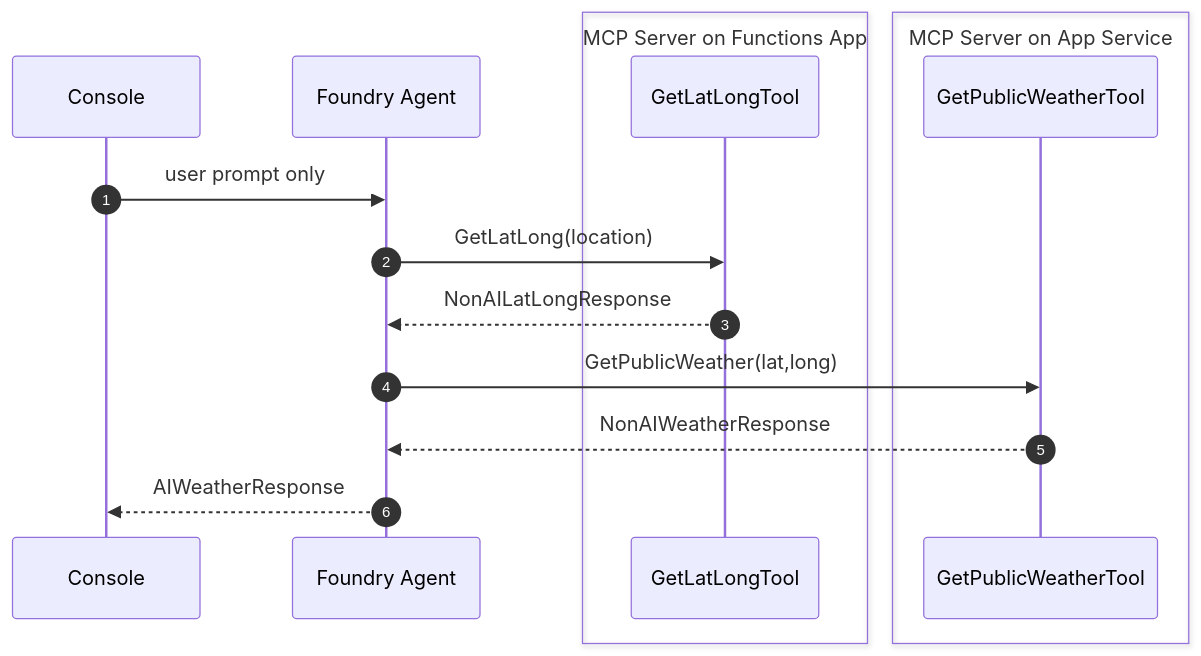
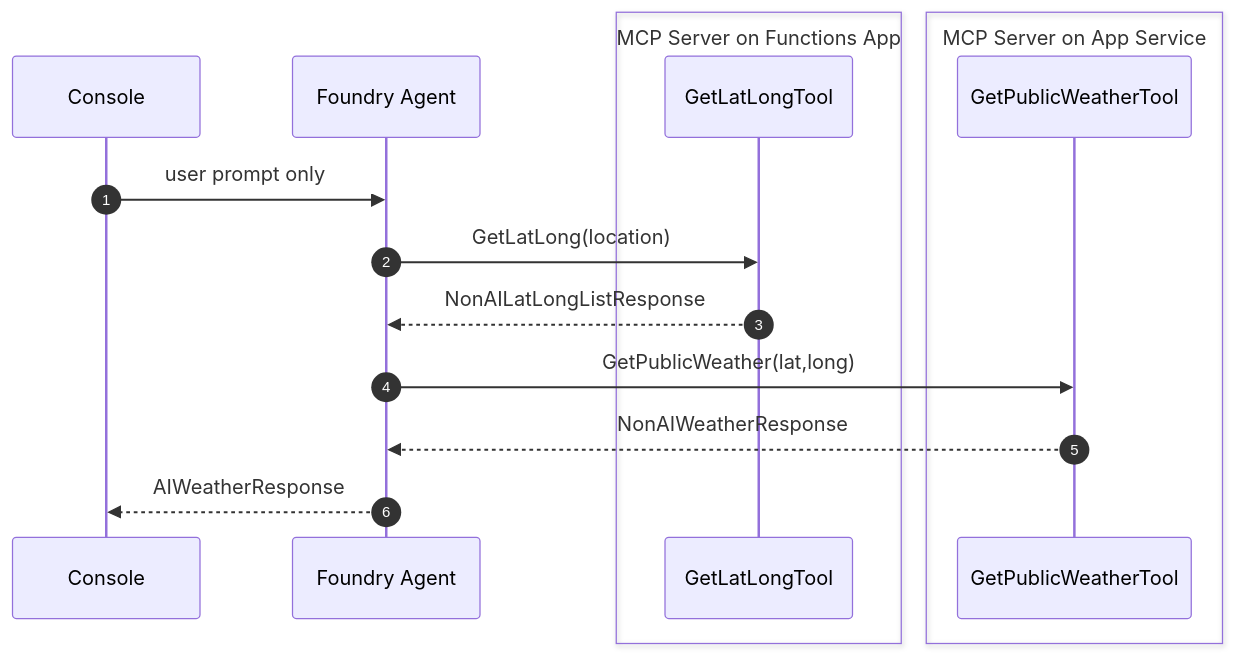
Before and after one commit to dustinkorzaan/weather-1116: the seventh of 8 diagrams in docs/4-demystifying-foundry-agents-mcp/demystifying-foundry-agents-mcp.md, drawn with Mermaid. The commit also changed other lines of this file and 18 other files, not shown here.

First line of the commit message:
Return ranked top-N geocoding matches from GetLatLongData (#163)

````diff
--- a/docs/4-demystifying-foundry-agents-mcp/demystifying-foundry-agents-mcp.md
+++ b/docs/4-demystifying-foundry-agents-mcp/demystifying-foundry-agents-mcp.md
@@ -196,19 +196,19 @@
   ```mermaid
   sequenceDiagram
       autonumber
       participant Console
       participant Agent as Foundry Agent
       box MCP Server on Functions App
           participant GetLatLongTool
       end
       box MCP Server on App Service
           participant GetPublicWeatherTool
       end
 
       Console->>Agent: user prompt only
       Agent->>GetLatLongTool: GetLatLong(location)
-      GetLatLongTool-->>Agent: NonAILatLongResponse
+      GetLatLongTool-->>Agent: NonAILatLongListResponse
       Agent->>GetPublicWeatherTool: GetPublicWeather(lat,long)
       GetPublicWeatherTool-->>Agent: NonAIWeatherResponse
       Agent-->>Console: AIWeatherResponse
   ```
````
